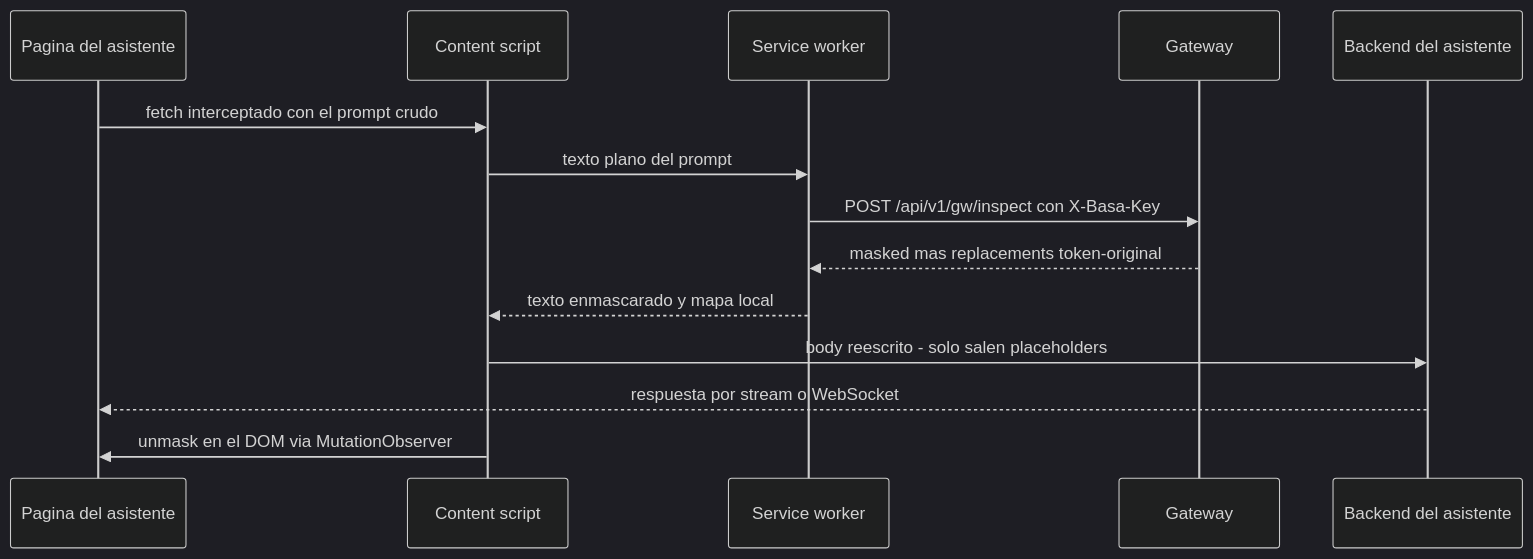
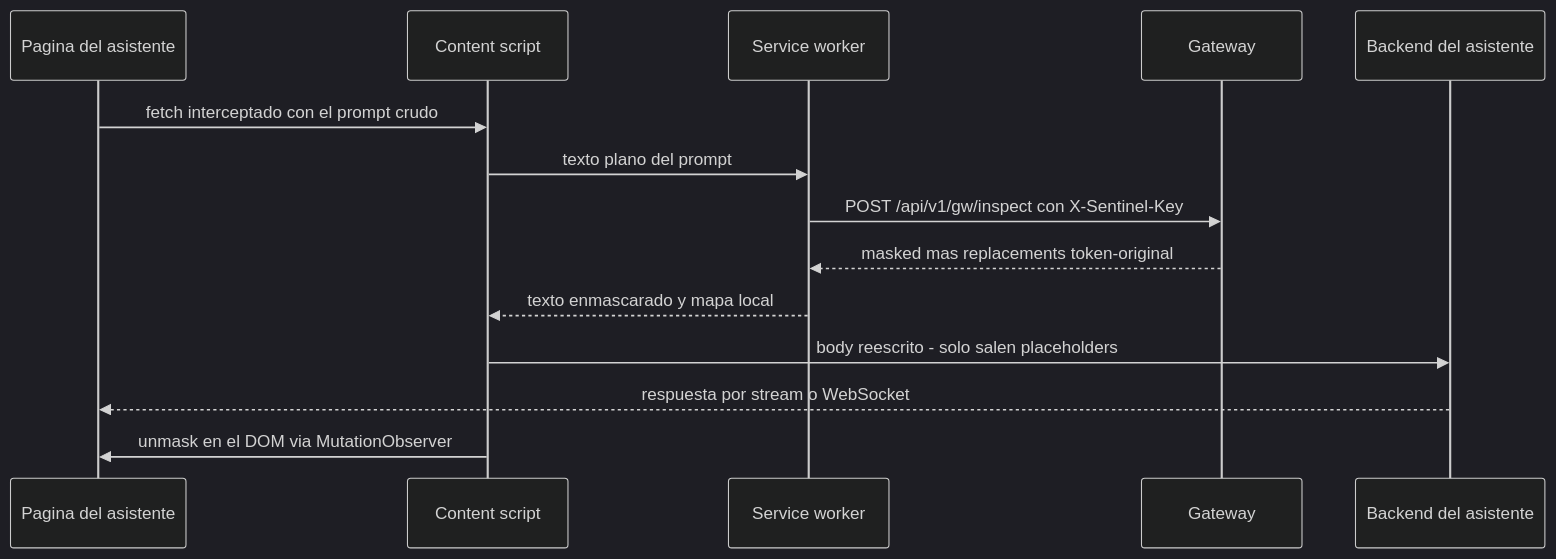
The second of 2 diagrams in docs/docs/integrations/index.md (cluna-8/elea), drawn with Mermaid (dark theme) before and after one commit. The commit also changed other lines of this file and 610 other files, not shown here.

First line of the commit message:
chore: rename Basa → Sentinel en todo el producto

````diff
--- a/docs/docs/integrations/index.md
+++ b/docs/docs/integrations/index.md
@@ -275,17 +275,17 @@
 ```mermaid
 sequenceDiagram
     participant P as Pagina del asistente
     participant CS as Content script
     participant SW as Service worker
     participant GW as Gateway
     participant V as Backend del asistente
 
     P->>CS: fetch interceptado con el prompt crudo
     CS->>SW: texto plano del prompt
-    SW->>GW: POST /api/v1/gw/inspect con X-Basa-Key
+    SW->>GW: POST /api/v1/gw/inspect con X-Sentinel-Key
     GW-->>SW: masked mas replacements token-original
     SW-->>CS: texto enmascarado y mapa local
     CS->>V: body reescrito - solo salen placeholders
     V-->>P: respuesta por stream o WebSocket
     CS->>P: unmask en el DOM via MutationObserver
 ```
````
